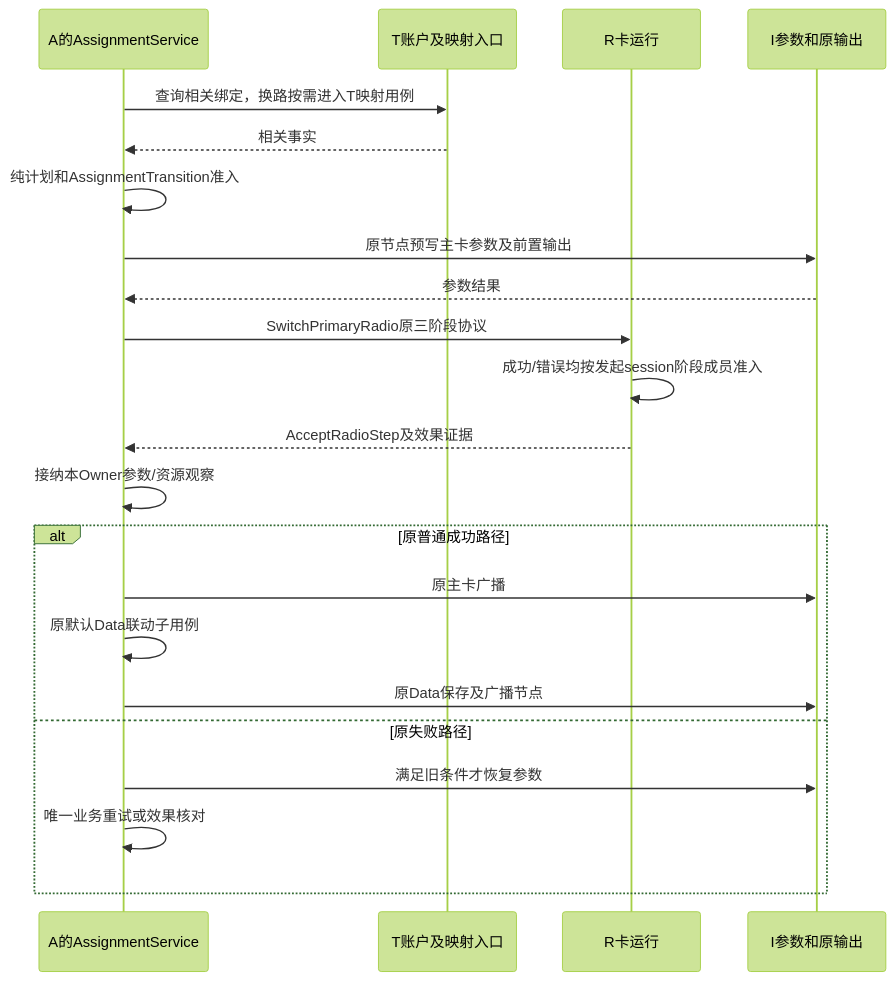
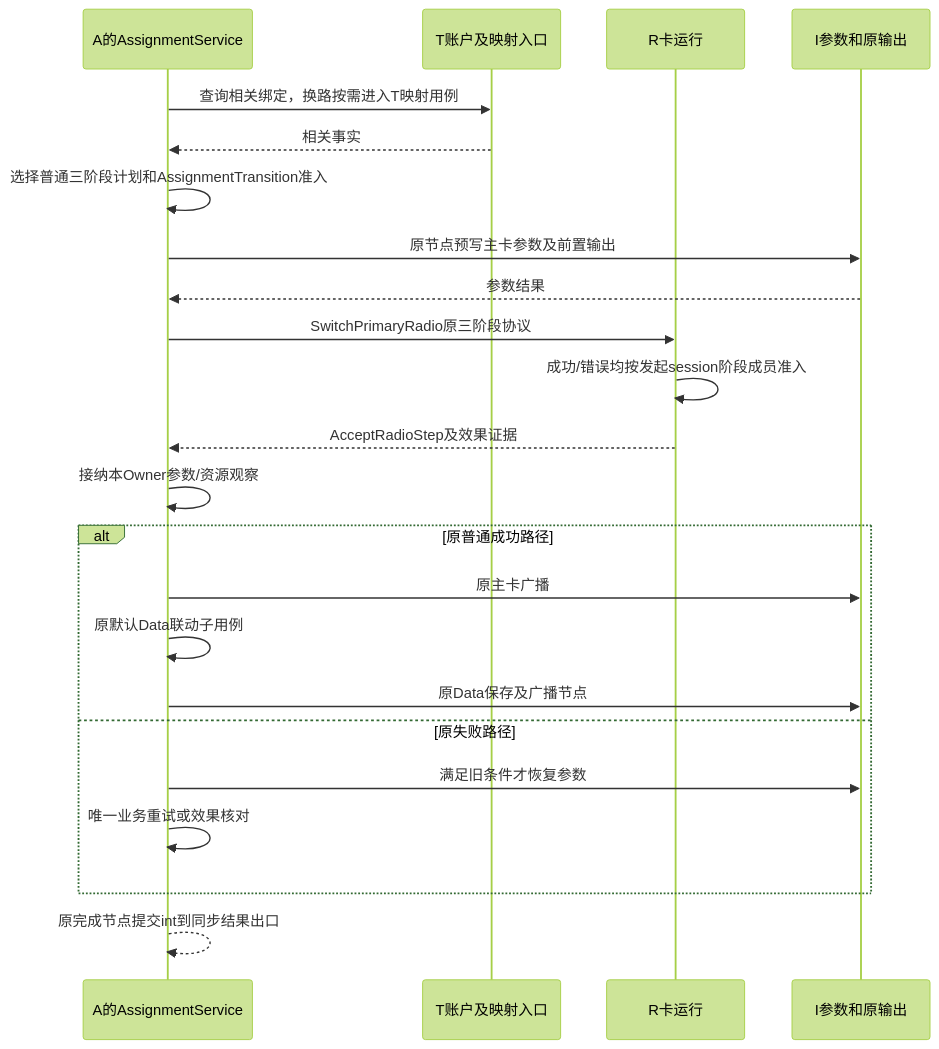
Before and after one commit to zjuluowu/multisim: diagram 11 of 17 in telephony_core_service/docs/多SIM架构重构_设计说明与业务流程对照.md, drawn with Mermaid (forest theme). The commit also changed other lines of this file and 66 other files, not shown here.

Commit message:
chore(sim): preserve local architecture work before integration

````diff
--- a/telephony_core_service/docs/多SIM架构重构_设计说明与业务流程对照.md
+++ b/telephony_core_service/docs/多SIM架构重构_设计说明与业务流程对照.md
@@ -653,24 +658,25 @@
 ```mermaid
 sequenceDiagram
     participant A as A的AssignmentService
     participant T as T账户及映射入口
     participant R as R卡运行
     participant I as I参数和原输出
     A->>T: 查询相关绑定，换路按需进入T映射用例
     T-->>A: 相关事实
-    A->>A: 纯计划和AssignmentTransition准入
+    A->>A: 选择普通三阶段计划和AssignmentTransition准入
     A->>I: 原节点预写主卡参数及前置输出
     I-->>A: 参数结果
     A->>R: SwitchPrimaryRadio原三阶段协议
     R->>R: 成功/错误均按发起session阶段成员准入
     R-->>A: AcceptRadioStep及效果证据
     A->>A: 接纳本Owner参数/资源观察
     alt 原普通成功路径
         A->>I: 原主卡广播
         A->>A: 原默认Data联动子用例
         A->>I: 原Data保存及广播节点
     else 原失败路径
         A->>I: 满足旧条件才恢复参数
         A->>A: 唯一业务重试或效果核对
     end
+    A-->>A: 原完成节点提交int到同步结果出口
 ```
````
